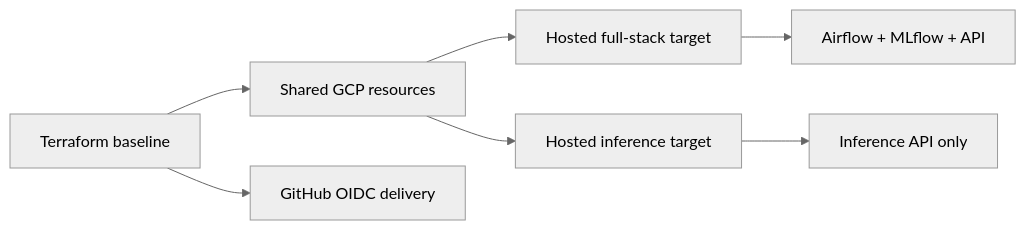
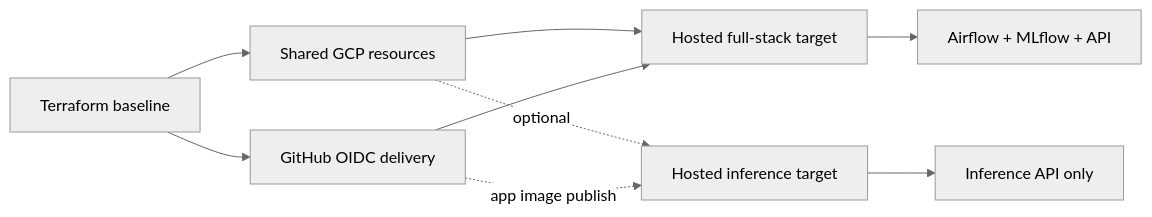
Before and after one commit to javihslu/foehncast: the first of 2 diagrams in docs/site/system/cloud-mapping.md, drawn with Mermaid (neutral theme). The commit also changed other lines of this file and 8 other files, not shown here.

```diff
--- a/docs/site/system/cloud-mapping.md
+++ b/docs/site/system/cloud-mapping.md
@@ -44,9 +45,11 @@
 <div class="mermaid">
 flowchart LR
     TF[Terraform baseline] --> GCP[Shared GCP resources]
     GCP --> HOST[Hosted full-stack target]
-    GCP --> RUN[Hosted inference target]
+    GCP -. optional .-> RUN[Hosted inference target]
     TF --> GH[GitHub OIDC delivery]
     HOST --> STACK[Airflow + MLflow + API]
     RUN --> API[Inference API only]
+    GH --> HOST
+    GH -. app image publish .-> RUN
 </div>
```
